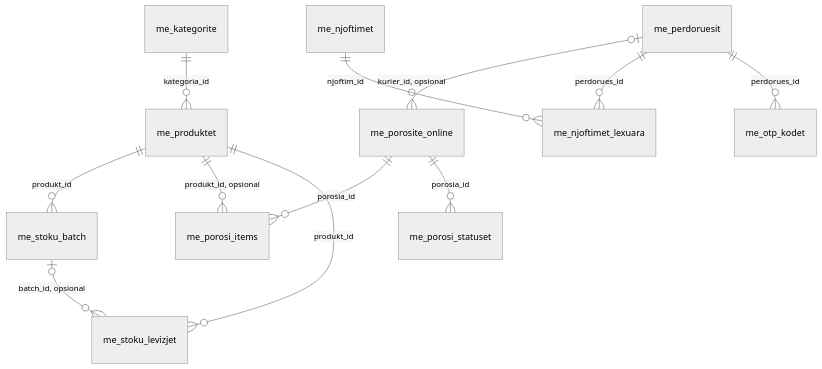
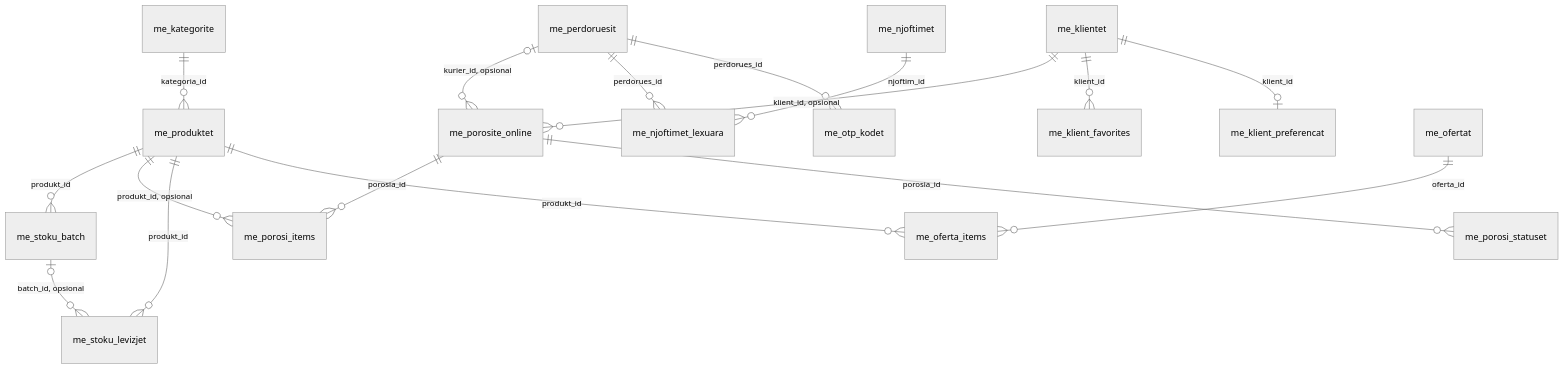
One commit to vesakast/sistemi-per-menaxhimin-e-barnatoreve changed the second of 2 diagrams in docs/raporti-teknik-1.md. Above: the diagram before and after it, drawn with Mermaid (neutral theme). The commit also changed other lines of this file and 117 other files, not shown here.

````diff
--- a/docs/raporti-teknik-1.md
+++ b/docs/raporti-teknik-1.md
@@ -72,14 +76,19 @@
 ```mermaid
 erDiagram
     me_kategorite ||--o{ me_produktet : "kategoria_id"
     me_produktet ||--o{ me_stoku_batch : "produkt_id"
     me_produktet ||--o{ me_porosi_items : "produkt_id, opsional"
     me_porosite_online ||--o{ me_porosi_items : "porosia_id"
     me_porosite_online ||--o{ me_porosi_statuset : "porosia_id"
     me_perdoruesit o|--o{ me_porosite_online : "kurier_id, opsional"
     me_produktet ||--o{ me_stoku_levizjet : "produkt_id"
     me_stoku_batch o|--o{ me_stoku_levizjet : "batch_id, opsional"
     me_njoftimet ||--o{ me_njoftimet_lexuara : "njoftim_id"
     me_perdoruesit ||--o{ me_njoftimet_lexuara : "perdorues_id"
     me_perdoruesit ||--o{ me_otp_kodet : "perdorues_id"
+    me_klientet ||--o{ me_porosite_online : "klient_id, opsional"
+    me_klientet ||--o{ me_klient_favorites : "klient_id"
+    me_klientet ||--o| me_klient_preferencat : "klient_id"
+    me_ofertat ||--o{ me_oferta_items : "oferta_id"
+    me_produktet ||--o{ me_oferta_items : "produkt_id"
 ```
````
